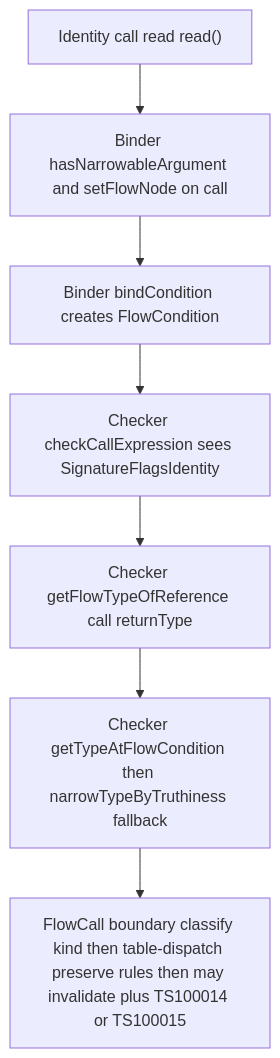
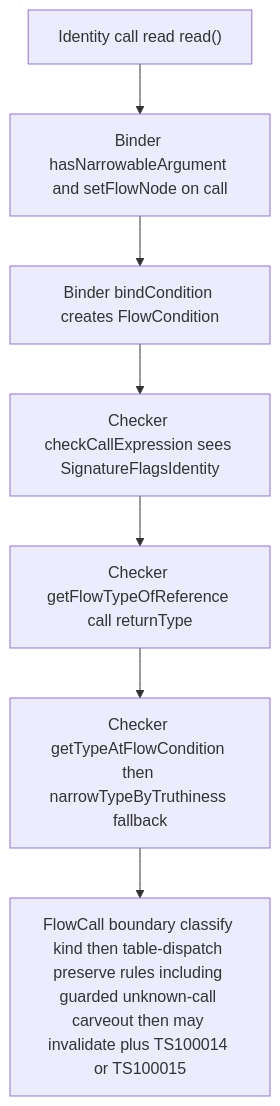
Before and after one commit to kbrilla/typescript-go: the second of 3 diagrams in docs/identity-phase1-pr-description.md, drawn with Mermaid. The commit also changed other lines of this file and 17 other files, not shown here.

Commit message:
Phase 1: close X3/P8 with guarded unknown-call rule

````diff
--- a/docs/identity-phase1-pr-description.md
+++ b/docs/identity-phase1-pr-description.md
@@ -69,9 +69,9 @@
 ```mermaid
 flowchart TD
   I1["Identity call read read()"] --> I2["Binder hasNarrowableArgument and setFlowNode on call"]
   I2 --> I3["Binder bindCondition creates FlowCondition"]
   I3 --> I4["Checker checkCallExpression sees SignatureFlagsIdentity"]
   I4 --> I5["Checker getFlowTypeOfReference call returnType"]
   I5 --> I6["Checker getTypeAtFlowCondition then narrowTypeByTruthiness fallback"]
-  I6 --> I7["FlowCall boundary classify kind then table-dispatch preserve rules then may invalidate plus TS100014 or TS100015"]
+  I6 --> I7["FlowCall boundary classify kind then table-dispatch preserve rules including guarded unknown-call carveout then may invalidate plus TS100014 or TS100015"]
 ```
````
